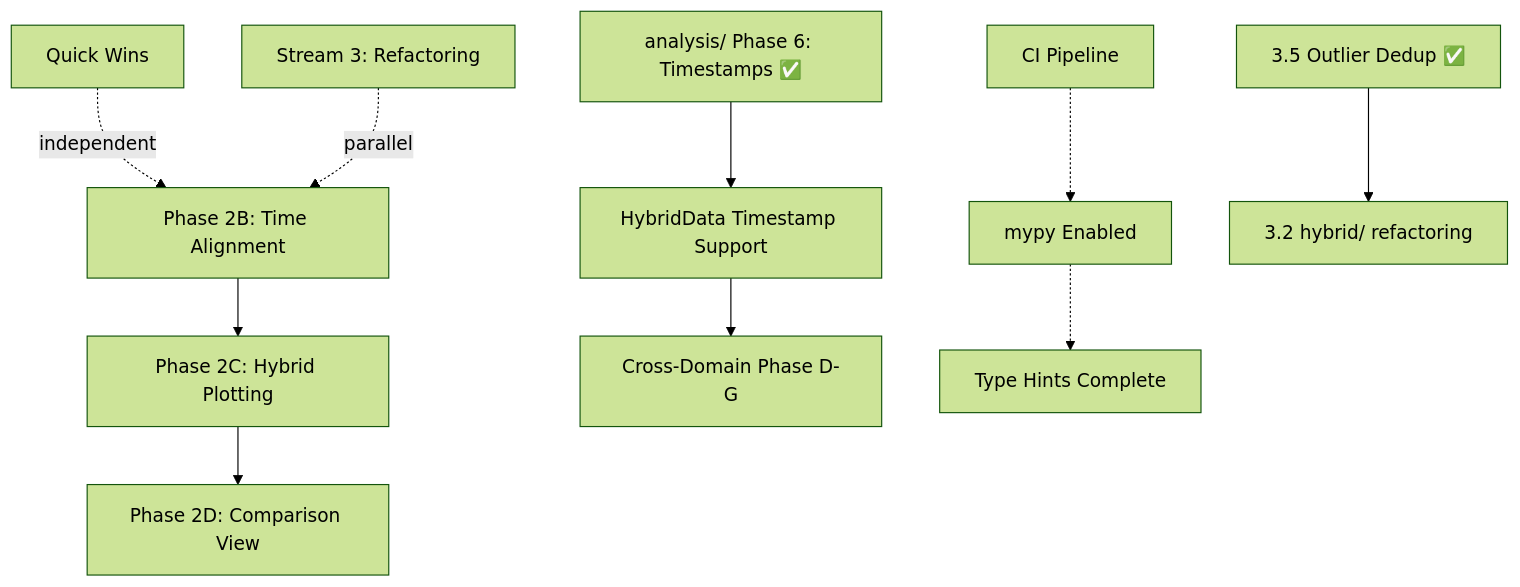
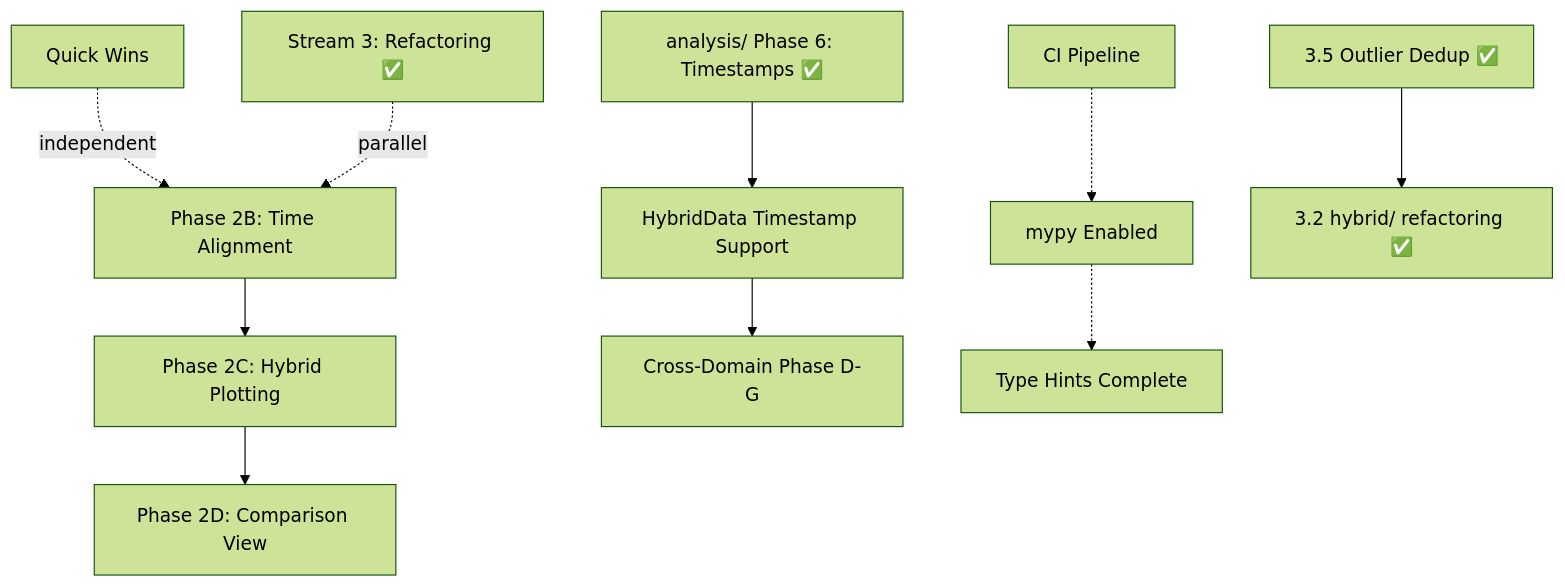
Before and after one commit to MagnetDB/python_magnetrun: the diagram in prompts/ROADMAP.md, drawn with Mermaid (forest theme). The commit also changed other lines of this file and 9 other files, not shown here.

````diff
--- a/prompts/ROADMAP.md
+++ b/prompts/ROADMAP.md
@@ -257,15 +258,15 @@
 ```mermaid
 graph TD
     A[Phase 2B: Time Alignment] --> B[Phase 2C: Hybrid Plotting]
     B --> C[Phase 2D: Comparison View]
 
     D[analysis/ Phase 6: Timestamps ✅] --> E[HybridData Timestamp Support]
     E --> F[Cross-Domain Phase D-G]
 
     G[CI Pipeline] -.-> H[mypy Enabled]
     H -.-> I[Type Hints Complete]
 
     J[Quick Wins] -.independent.-> A
-    K[Stream 3: Refactoring] -.parallel.-> A
-    L[3.5 Outlier Dedup ✅] --> M[3.2 hybrid/ refactoring]
+    K[Stream 3: Refactoring ✅] -.parallel.-> A
+    L[3.5 Outlier Dedup ✅] --> M[3.2 hybrid/ refactoring ✅]
 ```
````
